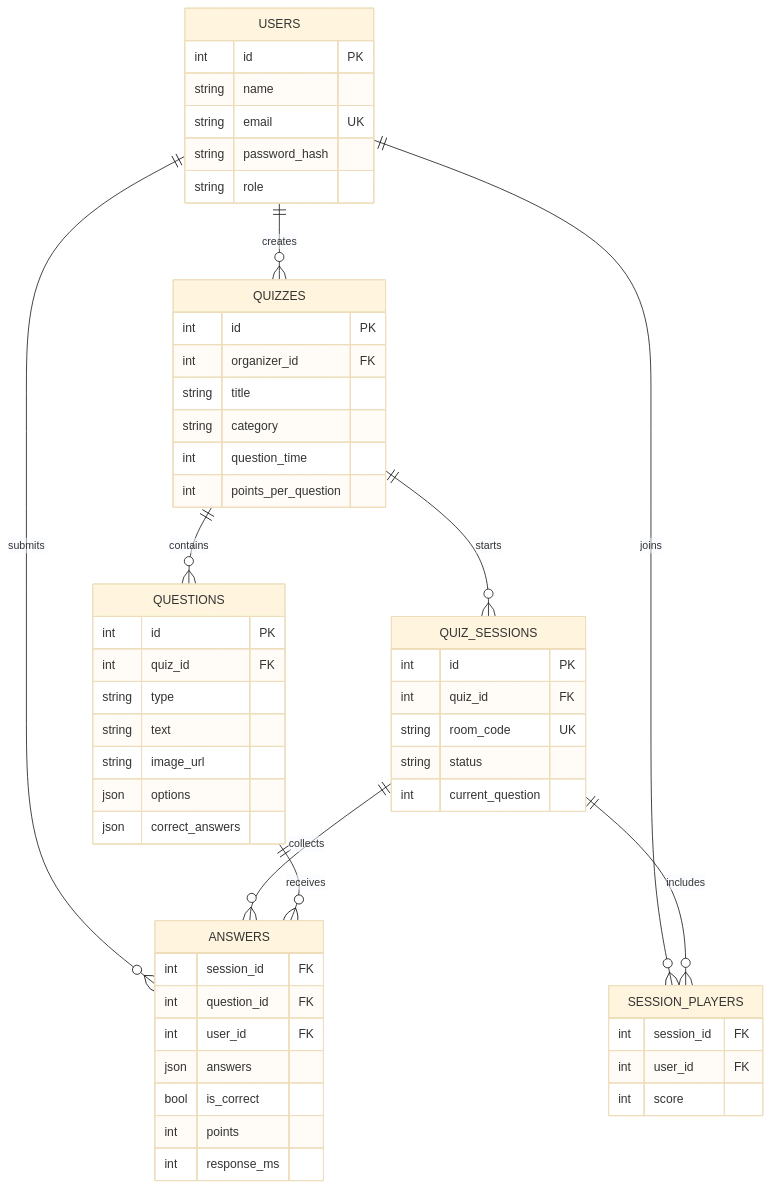
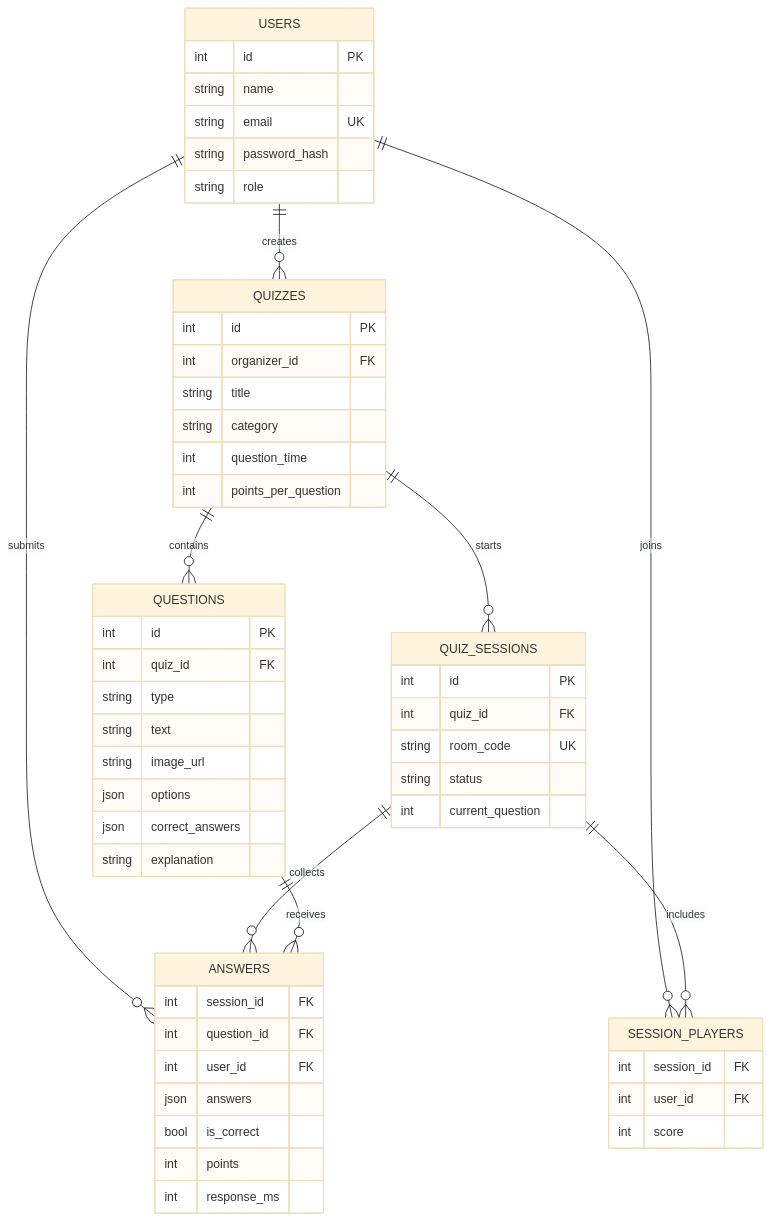
The second of 3 diagrams in docs/architecture.md (tribalsm/quizora), drawn with Mermaid (base theme) before and after one commit. The commit also changed other lines of this file and 13 other files, not shown here.

````diff
--- a/docs/architecture.md
+++ b/docs/architecture.md
@@ -20,57 +20,58 @@
 ```mermaid
 erDiagram
     USERS ||--o{ QUIZZES : creates
     USERS ||--o{ SESSION_PLAYERS : joins
     USERS ||--o{ ANSWERS : submits
     QUIZZES ||--o{ QUESTIONS : contains
     QUIZZES ||--o{ QUIZ_SESSIONS : starts
     QUIZ_SESSIONS ||--o{ SESSION_PLAYERS : includes
     QUIZ_SESSIONS ||--o{ ANSWERS : collects
     QUESTIONS ||--o{ ANSWERS : receives
 
     USERS {
       int id PK
       string name
       string email UK
       string password_hash
       string role
     }
     QUIZZES {
       int id PK
       int organizer_id FK
       string title
       string category
       int question_time
       int points_per_question
     }
     QUESTIONS {
       int id PK
       int quiz_id FK
       string type
       string text
       string image_url
       json options
       json correct_answers
+      string explanation
     }
     QUIZ_SESSIONS {
       int id PK
       int quiz_id FK
       string room_code UK
       string status
       int current_question
     }
     SESSION_PLAYERS {
       int session_id FK
       int user_id FK
       int score
     }
     ANSWERS {
       int session_id FK
       int question_id FK
       int user_id FK
       json answers
       bool is_correct
       int points
       int response_ms
     }
 ```
````
